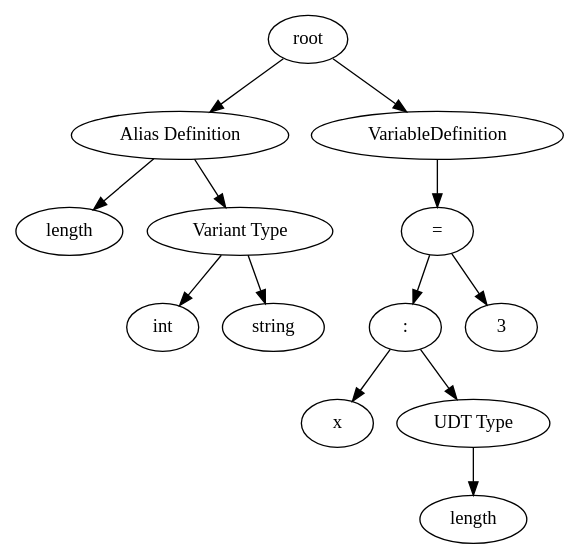
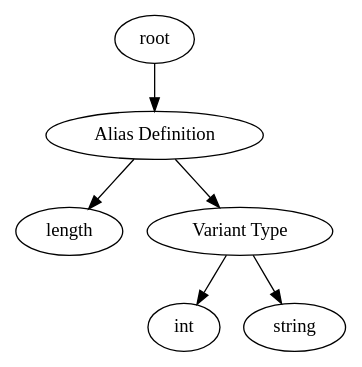
The diagram in examples/module.dot (pranav-ap/wasp-lang), drawn with Graphviz before and after one commit. The commit also changed 17 other files, not shown here.

```diff
--- a/examples/module.dot
+++ b/examples/module.dot
@@ -1,27 +1,13 @@
 digraph G { 
  "0"   [label="root"]; 
  "1"   [label="Alias Definition"]; 
  "0" -> "1"; 
  "2"   [label="length"]; 
  "1" -> "2"; 
  "3"   [label="Variant Type"]; 
  "1" -> "3"; 
  "4"   [label="int"]; 
  "3" -> "4"; 
  "5"   [label="string"]; 
  "3" -> "5"; 
- "6"   [label="VariableDefinition"]; 
- "0" -> "6"; 
- "7"   [label="="]; 
- "6" -> "7"; 
- "8"   [label=":"]; 
- "7" -> "8"; 
- "9"   [label="x"]; 
- "8" -> "9"; 
- "10"   [label="UDT Type"]; 
- "8" -> "10"; 
- "11"   [label="length"]; 
- "10" -> "11"; 
- "12"   [label="3"]; 
- "7" -> "12"; 
  }
```
